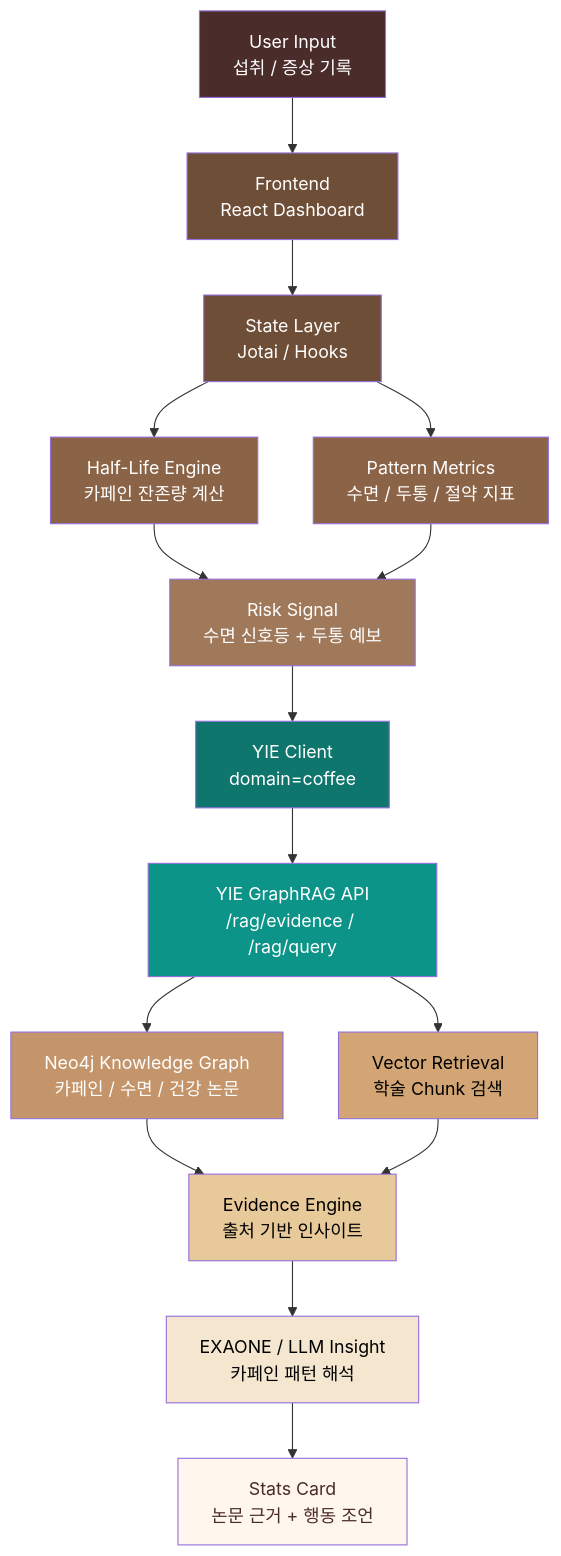
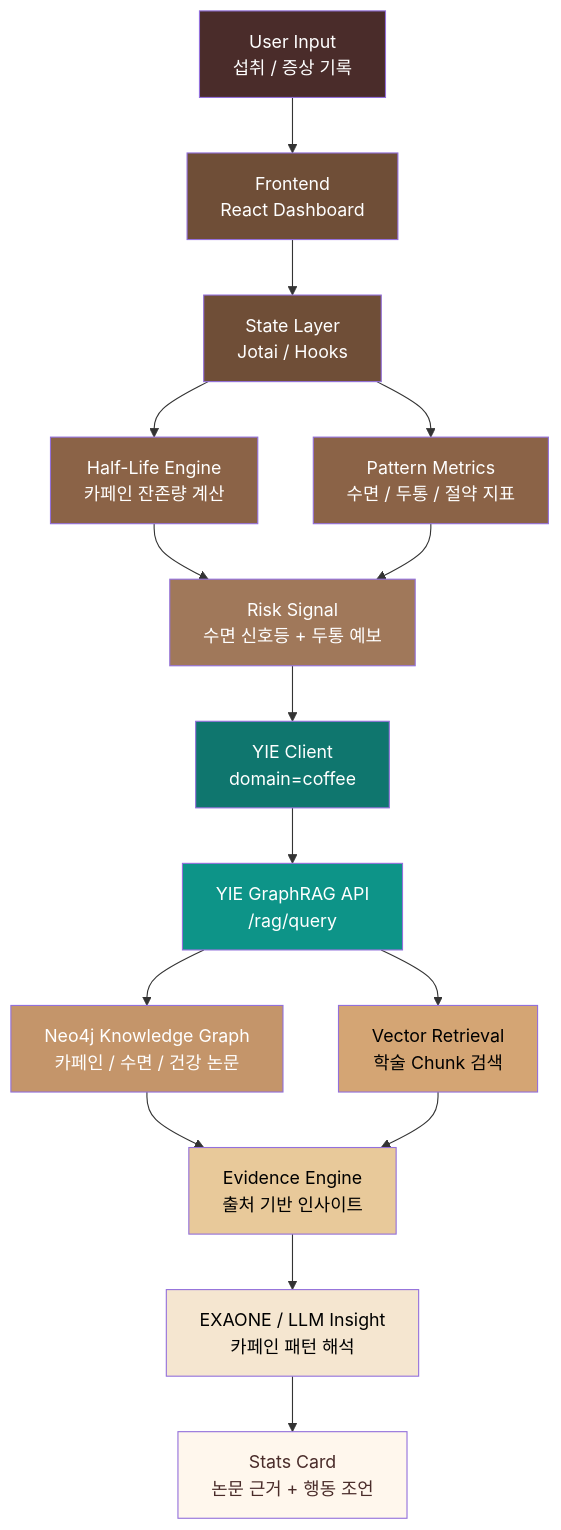
Before and after one commit to hoilycat/Cof-fee-V3: the first of 2 diagrams in README.md, drawn with Mermaid. The commit also changed other lines of this file, not shown here.

````diff
--- a/README.md
+++ b/README.md
@@ -89,32 +104,32 @@
 ```mermaid
 graph TD
 
 A[User Input<br/>섭취 / 증상 기록] --> B[Frontend<br/>React Dashboard]
 B --> C[State Layer<br/>Jotai / Hooks]
 C --> D[Half-Life Engine<br/>카페인 잔존량 계산]
 C --> E[Pattern Metrics<br/>수면 / 두통 / 절약 지표]
 D --> F[Risk Signal<br/>수면 신호등 + 두통 예보]
 E --> F
 F --> G[YIE Client<br/>domain=coffee]
-G --> H[YIE GraphRAG API<br/>/rag/evidence / /rag/query]
+G --> H[YIE GraphRAG API<br/>/rag/query]
 H --> I[Neo4j Knowledge Graph<br/>카페인 / 수면 / 건강 논문]
 H --> J[Vector Retrieval<br/>학술 Chunk 검색]
 I --> K[Evidence Engine<br/>출처 기반 인사이트]
 J --> K
 K --> L[EXAONE / LLM Insight<br/>카페인 패턴 해석]
 L --> M[Stats Card<br/>논문 근거 + 행동 조언]
 
 style A fill:#4A2C2A,color:#fff
 style B fill:#6F4E37,color:#fff
 style C fill:#6F4E37,color:#fff
 style D fill:#8B6347,color:#fff
 style E fill:#8B6347,color:#fff
 style F fill:#A0785A,color:#fff
 style G fill:#0f766e,color:#fff
 style H fill:#0d9488,color:#fff
 style I fill:#C4956A,color:#fff
 style J fill:#D4A574,color:#000
 style K fill:#E8C99A,color:#000
 style L fill:#F5E6D0,color:#000
 style M fill:#FFF7ED,color:#4A2C2A
 ```
````
